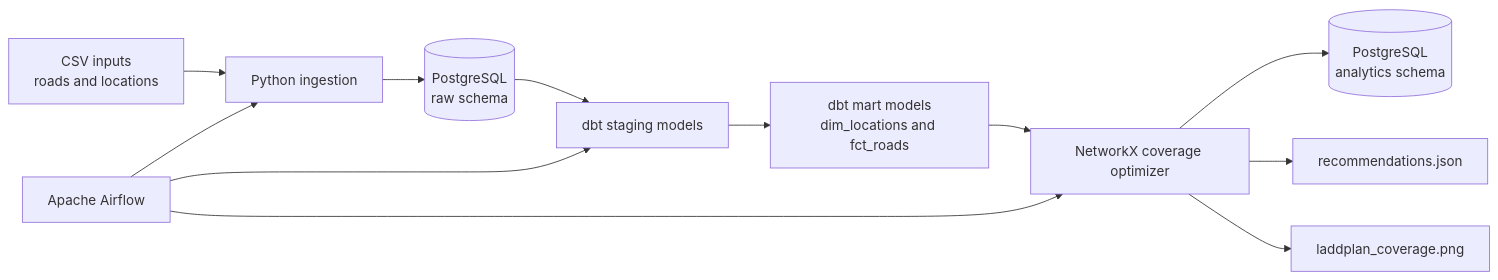
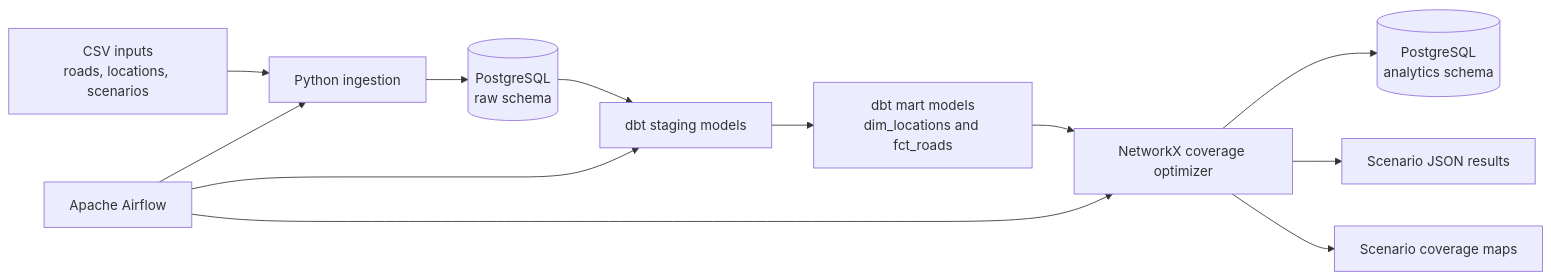
The diagram in README.md (yaswanthhh/LaddPlan), drawn with Mermaid before and after one commit. The commit also changed other lines of this file and 3 other files, not shown here.

````diff
--- a/README.md
+++ b/README.md
@@ -11,17 +11,17 @@
 ```mermaid
 flowchart LR
-    A[CSV inputs<br/>roads and locations] --> B[Python ingestion]
+    A[CSV inputs<br/>roads, locations, scenarios] --> B[Python ingestion]
     B --> C[(PostgreSQL<br/>raw schema)]
 
     C --> D[dbt staging models]
     D --> E[dbt mart models<br/>dim_locations and fct_roads]
     E --> F[NetworkX coverage optimizer]
 
     F --> G[(PostgreSQL<br/>analytics schema)]
-    F --> H[recommendations.json]
-    F --> I[laddplan_coverage.png]
+    F --> H[Scenario JSON results]
+    F --> I[Scenario coverage maps]
 
     J[Apache Airflow] --> B
     J --> D
     J --> F
 ```
````
